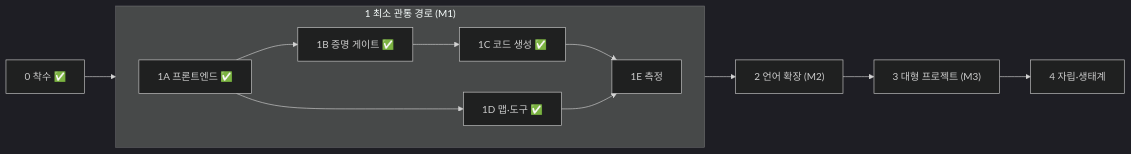
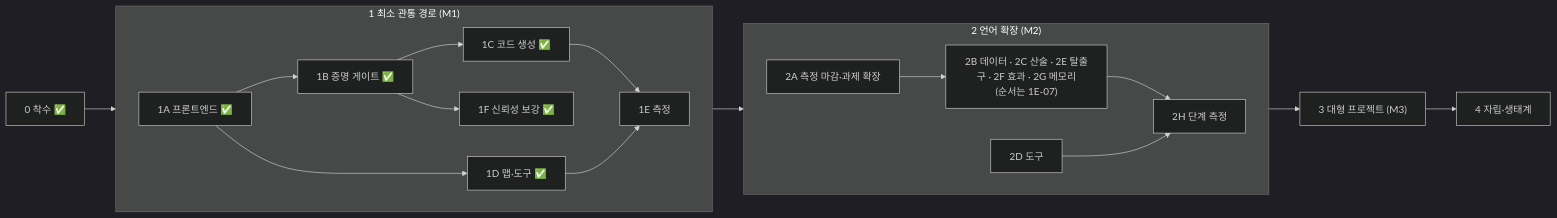
Before and after one commit to lang-bmb/lang-bmb: the diagram in docs/ROADMAP.md, drawn with Mermaid (dark theme). The commit also changed other lines of this file and 1 other file, not shown here.

Commit message:
roadmap: phase structure for stages 1-3 (1F done; 2A-2H with pass criteria and approval gates); backlog: stage-2 tasks per phase

````diff
--- a/docs/ROADMAP.md
+++ b/docs/ROADMAP.md
@@ -15,12 +15,19 @@
 ```mermaid
 flowchart LR
     P0["0 착수 ✅"] --> P1
     subgraph P1["1 최소 관통 경로 (M1)"]
         direction LR
         A["1A 프론트엔드 ✅"] --> B["1B 증명 게이트 ✅"] --> C["1C 코드 생성 ✅"]
         A --> D["1D 맵·도구 ✅"]
+        B --> F["1F 신뢰성 보강 ✅"]
         C --> E["1E 측정"]
         D --> E
     end
-    P1 --> P2["2 언어 확장 (M2)"] --> P3["3 대형 프로젝트 (M3)"] --> P4["4 자립·생태계"]
+    P1 --> G2
+    subgraph P2["2 언어 확장 (M2)"]
+        direction LR
+        G2["2A 측정 마감·과제 확장"] --> L["2B 데이터 · 2C 산술 · 2E 탈출구 · 2F 효과 · 2G 메모리<br/>(순서는 1E-07)"] --> M2["2H 단계 측정"]
+        T2["2D 도구"] --> M2
+    end
+    P2 --> P3["3 대형 프로젝트 (M3)"] --> P4["4 자립·생태계"]
 ```
````
